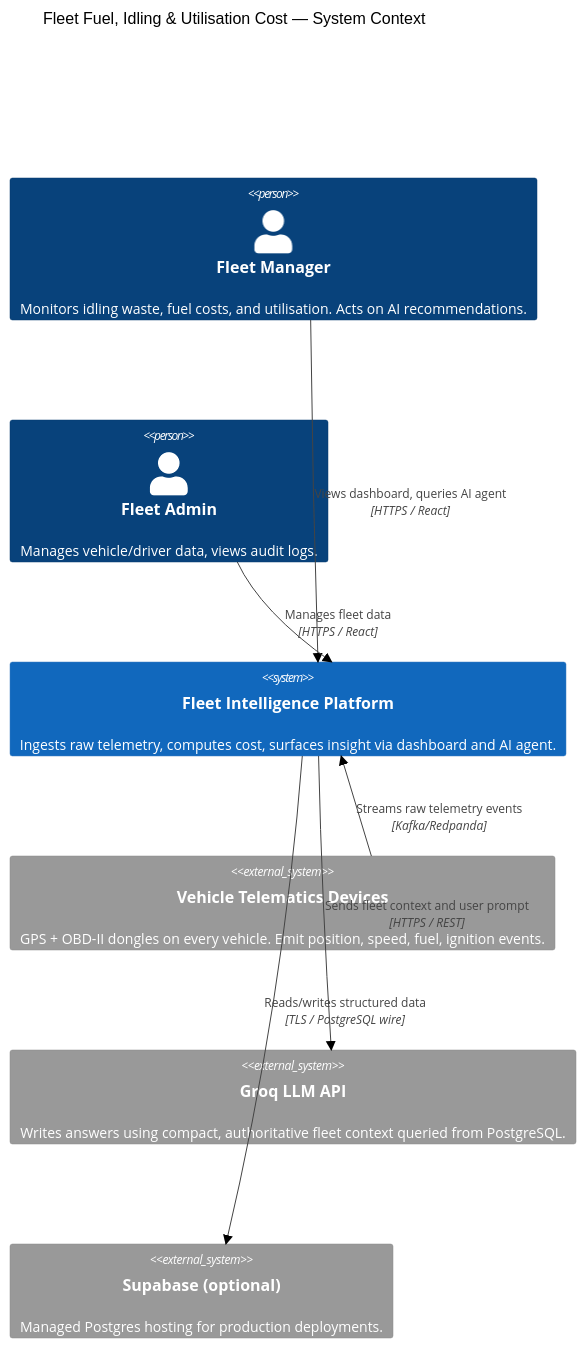
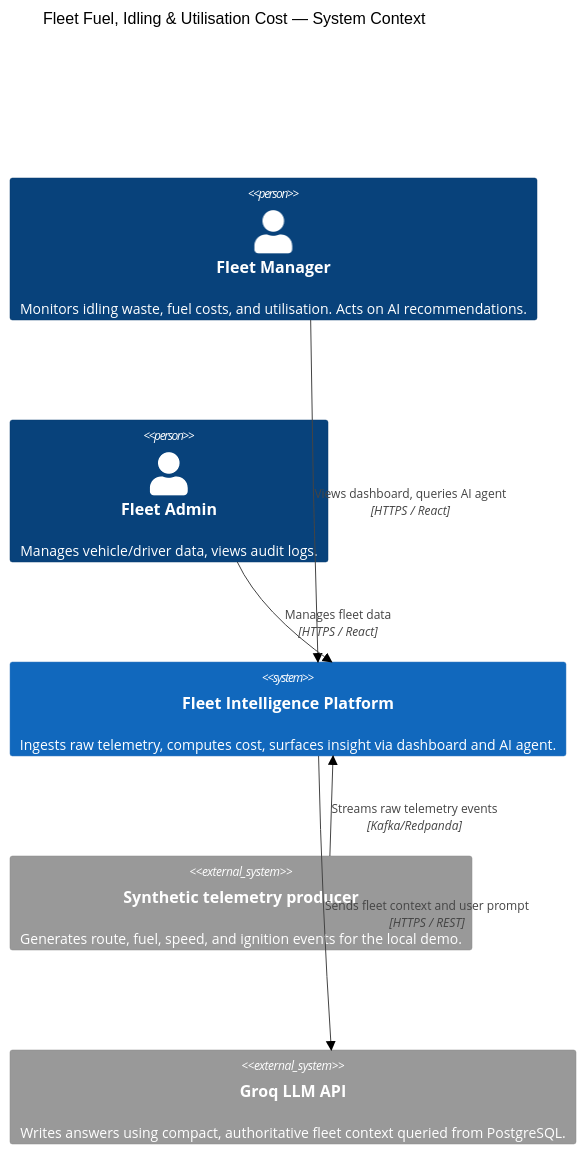
Before and after one commit to KT2006/Motorq-Hackathon: the first of 7 diagrams in docs/architecture.md, drawn with Mermaid (neutral theme). The commit also changed other lines of this file and 28 other files, not shown here.

````diff
--- a/docs/architecture.md
+++ b/docs/architecture.md
@@ -9,19 +10,17 @@
 ```mermaid
 C4Context
     title Fleet Fuel, Idling & Utilisation Cost — System Context
 
     Person(fm, "Fleet Manager", "Monitors idling waste, fuel costs, and utilisation. Acts on AI recommendations.")
     Person(admin, "Fleet Admin", "Manages vehicle/driver data, views audit logs.")
 
     System(sys, "Fleet Intelligence Platform", "Ingests raw telemetry, computes cost, surfaces insight via dashboard and AI agent.")
 
-    System_Ext(telematics, "Vehicle Telematics Devices", "GPS + OBD-II dongles on every vehicle. Emit position, speed, fuel, ignition events.")
+    System_Ext(telematics, "Synthetic telemetry producer", "Generates route, fuel, speed, and ignition events for the local demo.")
     System_Ext(groq, "Groq LLM API", "Writes answers using compact, authoritative fleet context queried from PostgreSQL.")
-    System_Ext(supabase, "Supabase (optional)", "Managed Postgres hosting for production deployments.")
 
     Rel(telematics, sys, "Streams raw telemetry events", "Kafka/Redpanda")
     Rel(fm, sys, "Views dashboard, queries AI agent", "HTTPS / React")
     Rel(admin, sys, "Manages fleet data", "HTTPS / React")
     Rel(sys, groq, "Sends fleet context and user prompt", "HTTPS / REST")
-    Rel(sys, supabase, "Reads/writes structured data", "TLS / PostgreSQL wire")
 ```
````
